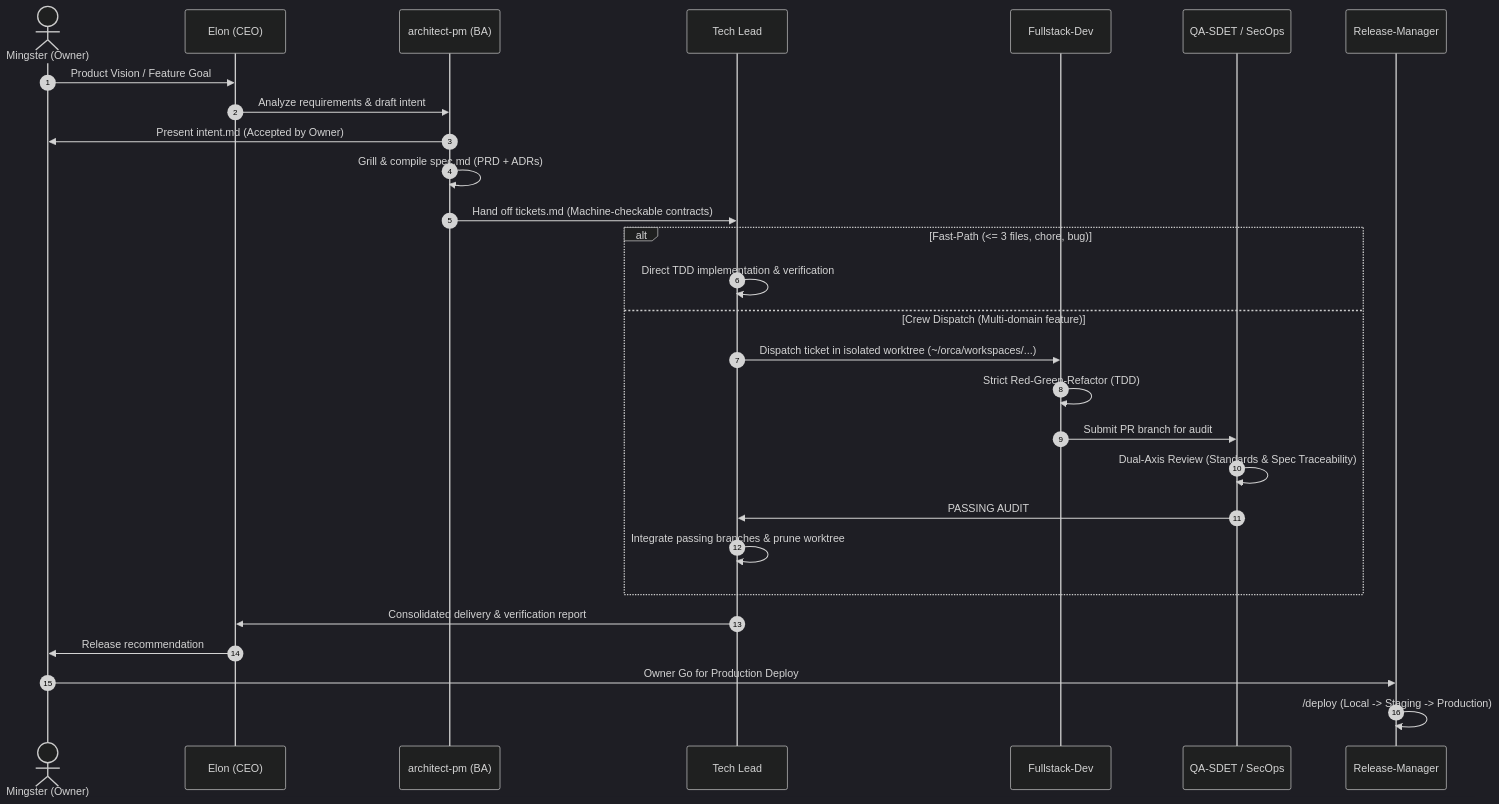
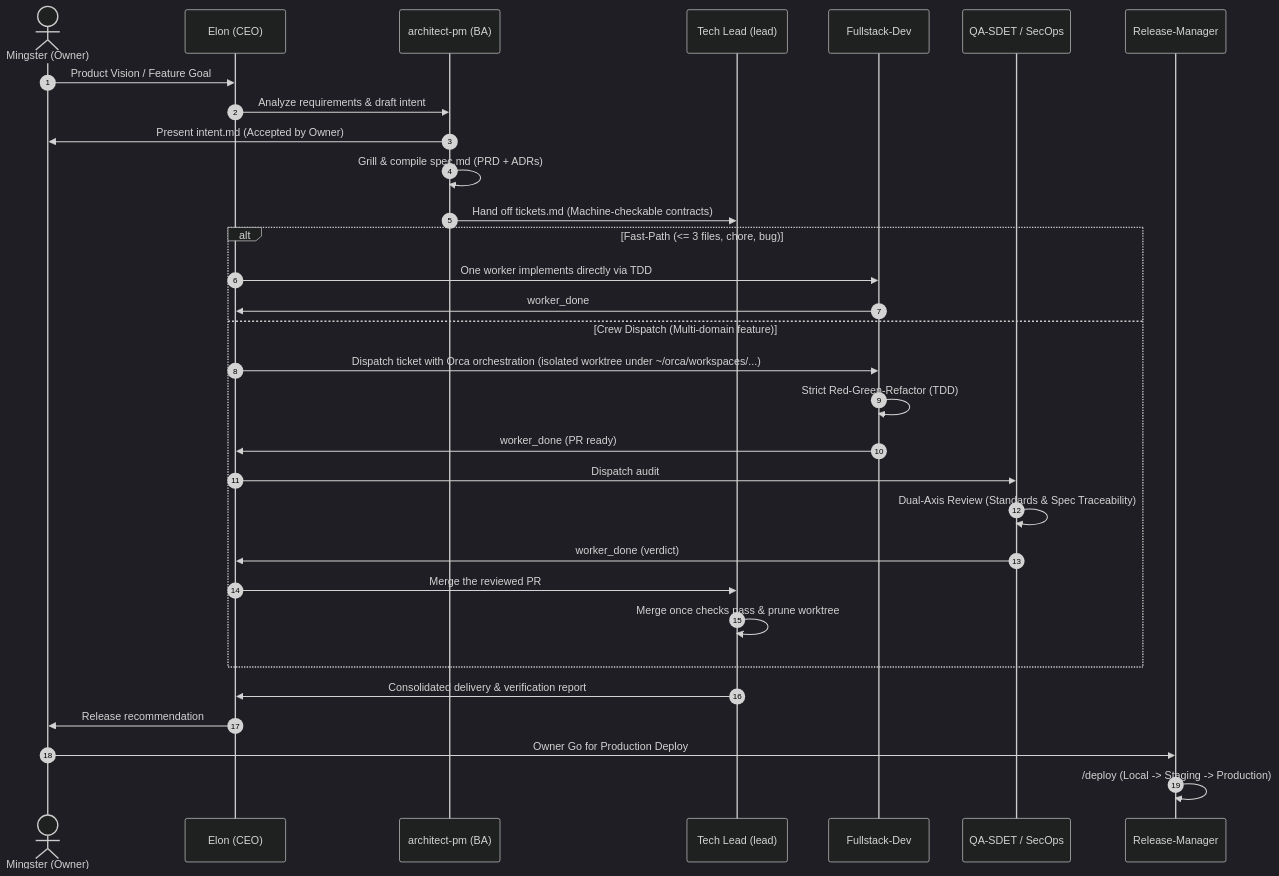
The second of 2 diagrams in docs/agents/agent-team-architecture.md (mingster/dotfiles), drawn with Mermaid (dark theme) before and after one commit. The commit also changed other lines of this file and 3 other files, not shown here.

Commit message:
Refresh agent team architecture doc to match current canonical team docs

````diff
--- a/docs/agents/agent-team-architecture.md
+++ b/docs/agents/agent-team-architecture.md
@@ -84,33 +87,36 @@
 ```mermaid
 sequenceDiagram
     autonumber
     actor Owner as Mingster (Owner)
     participant CEO as Elon (CEO)
     participant BA as architect-pm (BA)
-    participant TL as Tech Lead
+    participant TL as Tech Lead (lead)
     participant Dev as Fullstack-Dev
     participant QA as QA-SDET / SecOps
     participant RM as Release-Manager
 
     Owner->>CEO: Product Vision / Feature Goal
     CEO->>BA: Analyze requirements & draft intent
     BA->>Owner: Present intent.md (Accepted by Owner)
     BA->>BA: Grill & compile spec.md (PRD + ADRs)
     BA->>TL: Hand off tickets.md (Machine-checkable contracts)
     
     alt Fast-Path (<= 3 files, chore, bug)
-        TL->>TL: Direct TDD implementation & verification
+        CEO->>Dev: One worker implements directly via TDD
+        Dev->>CEO: worker_done
     else Crew Dispatch (Multi-domain feature)
-        TL->>Dev: Dispatch ticket in isolated worktree (~/orca/workspaces/...)
+        CEO->>Dev: Dispatch ticket with Orca orchestration (isolated worktree under ~/orca/workspaces/...)
         Dev->>Dev: Strict Red-Green-Refactor (TDD)
-        Dev->>QA: Submit PR branch for audit
+        Dev->>CEO: worker_done (PR ready)
+        CEO->>QA: Dispatch audit
         QA->>QA: Dual-Axis Review (Standards & Spec Traceability)
-        QA->>TL: PASSING AUDIT
-        TL->>TL: Integrate passing branches & prune worktree
+        QA->>CEO: worker_done (verdict)
+        CEO->>TL: Merge the reviewed PR
+        TL->>TL: Merge once checks pass & prune worktree
     end
 
     TL->>CEO: Consolidated delivery & verification report
     CEO->>Owner: Release recommendation
     Owner->>RM: Owner Go for Production Deploy
     RM->>RM: /deploy (Local -> Staging -> Production)
 ```
````
